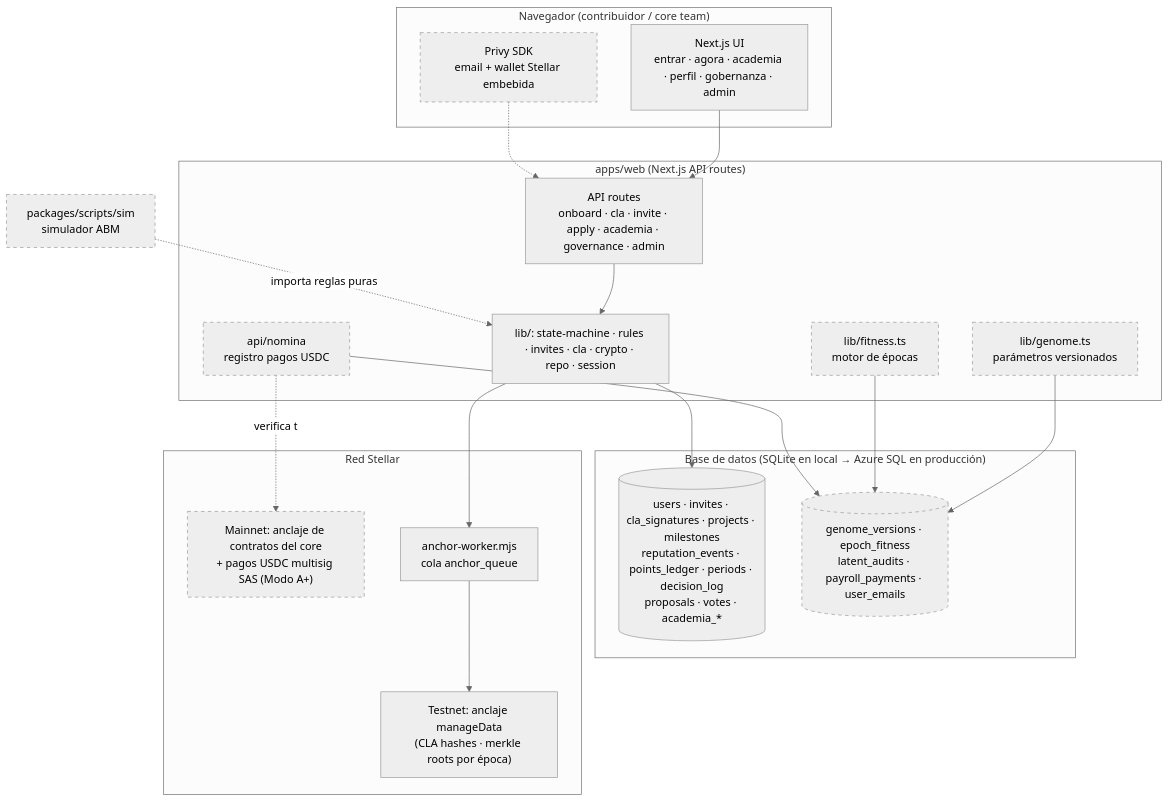
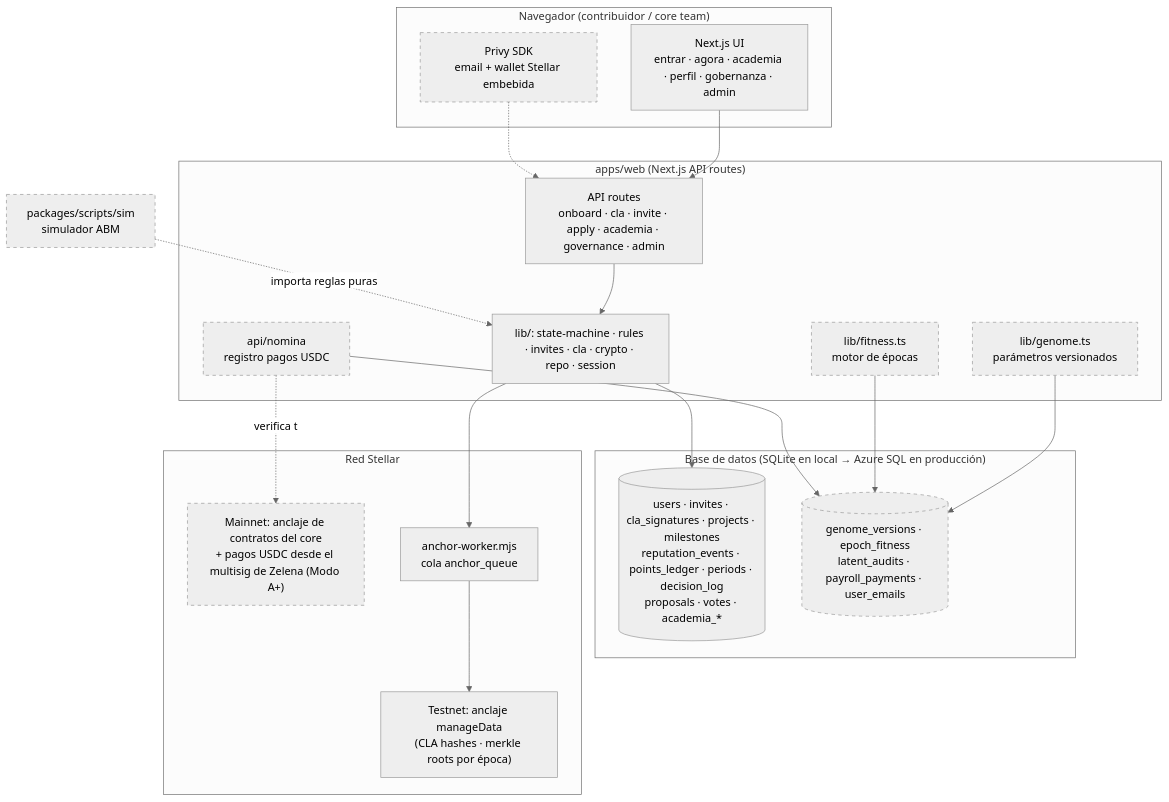
Before and after one commit to zelena-tech/zelena-dapp: the diagram in docs/blueprints/01-arquitectura.md, drawn with Mermaid (neutral theme). The commit also changed other lines of this file and 13 other files, not shown here.

````diff
--- a/docs/blueprints/01-arquitectura.md
+++ b/docs/blueprints/01-arquitectura.md
@@ -5,42 +5,42 @@
 ```mermaid
 graph TB
     subgraph Cliente["Navegador (contribuidor / core team)"]
         UI["Next.js UI<br/>entrar · agora · academia · perfil · gobernanza · admin"]
         PRIVY["Privy SDK<br/>email + wallet Stellar embebida"]:::nuevo
     end
 
     subgraph Servidor["apps/web (Next.js API routes)"]
         API["API routes<br/>onboard · cla · invite · apply · academia · governance · admin"]
         LIBS["lib/: state-machine · rules · invites · cla · crypto · repo · session"]
         GENOME["lib/genome.ts<br/>parámetros versionados"]:::nuevo
         FITNESS["lib/fitness.ts<br/>motor de épocas"]:::nuevo
         NOMINA["api/nomina<br/>registro pagos USDC"]:::nuevo
     end
 
     subgraph Datos["Base de datos (SQLite en local → Azure SQL en producción)"]
         DB[("users · invites · cla_signatures · projects · milestones<br/>reputation_events · points_ledger · periods · decision_log<br/>proposals · votes · academia_*")]
         DBNEW[("genome_versions · epoch_fitness<br/>latent_audits · payroll_payments · user_emails")]:::nuevo
     end
 
     subgraph Stellar["Red Stellar"]
         TESTNET["Testnet: anclaje manageData<br/>(CLA hashes · merkle roots por época)"]
-        MAINNET["Mainnet: anclaje de contratos del core<br/>+ pagos USDC multisig SAS (Modo A+)"]:::nuevo
+        MAINNET["Mainnet: anclaje de contratos del core<br/>+ pagos USDC desde el multisig de Zelena (Modo A+)"]:::nuevo
         WORKER["anchor-worker.mjs<br/>cola anchor_queue"]
     end
 
     SIM["packages/scripts/sim<br/>simulador ABM"]:::nuevo
 
     UI --> API
     PRIVY -.-> API
     API --> LIBS
     LIBS --> DB
     GENOME --> DBNEW
     FITNESS --> DBNEW
     NOMINA --> DBNEW
     LIBS --> WORKER
     WORKER --> TESTNET
     NOMINA -.verifica tx.-> MAINNET
     SIM -.importa reglas puras.-> LIBS
 
     classDef nuevo stroke-dasharray: 5 5
 ```
````
